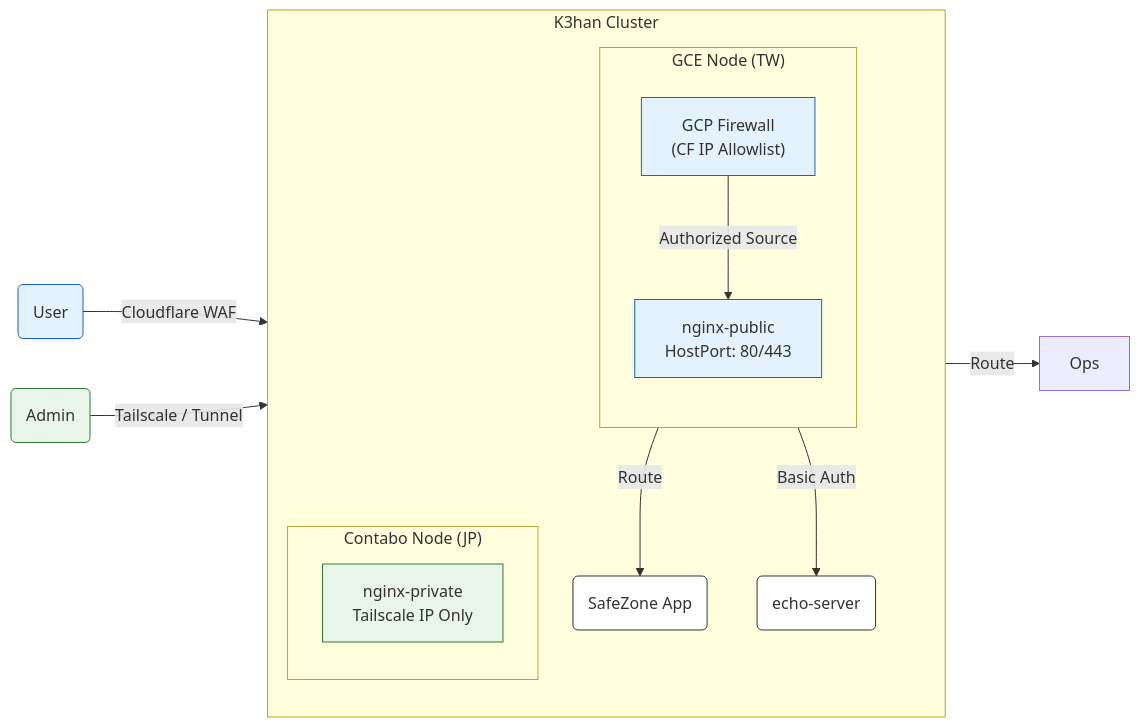
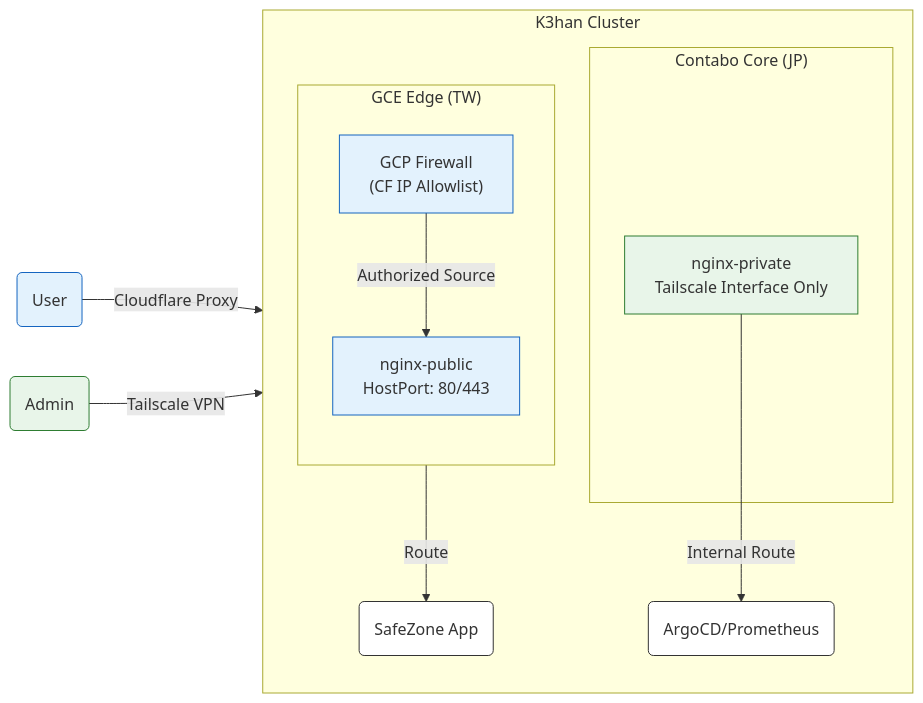
The diagram in docs/safechord.chorde.k3han.ingress.md (SafeChord/Docs), drawn with Mermaid before and after one commit. The commit also changed other lines of this file and 80 other files, not shown here.

First line of the commit message:
docs(v0.3.5): implement English-First SSOT and architectural refinement

````diff
--- a/docs/safechord.chorde.k3han.ingress.md
+++ b/docs/safechord.chorde.k3han.ingress.md
@@ -51,35 +47,34 @@
 ```mermaid
 graph LR
-    %% 樣式
+    %% Styles
     classDef public fill:#e3f2fd,stroke:#1565c0;
     classDef private fill:#e8f5e9,stroke:#2e7d32;
     classDef k8s fill:#fff,stroke:#333;
 
     User(User):::public
     Admin(Admin):::private
     
     subgraph K3han [K3han Cluster]
         direction TB
         
-        subgraph Agent ["GCE Node (TW)"]
+        subgraph Agent ["GCE Edge (TW)"]
             direction TB
             GCP_FW["GCP Firewall<br/>(CF IP Allowlist)"]:::public
             PubIng["nginx-public<br/>HostPort: 80/443"]:::public
         end
 
-        subgraph Master ["Contabo Node (JP)"]
-            PrivIng["nginx-private<br/>Tailscale IP Only"]:::private
+        subgraph Master ["Contabo Core (JP)"]
+            PrivIng["nginx-private<br/>Tailscale Interface Only"]:::private
         end
         
         App(SafeZone App):::k8s
-        Test(echo-server):::k8s
+        Ops(ArgoCD/Prometheus):::k8s
     end
 
-    User -->|"Cloudflare WAF"| GCP_FW
+    User -->|"Cloudflare Proxy"| GCP_FW
     GCP_FW -->|"Authorized Source"| PubIng
     PubIng -->|"Route"| App
-    PubIng -->|"Basic Auth"| Test
     
-    Admin -->|"Tailscale / Tunnel"| PrivIng
-    PrivIng -->|"Route"| Ops
+    Admin -->|"Tailscale VPN"| PrivIng
+    PrivIng -->|"Internal Route"| Ops
 ```
````
